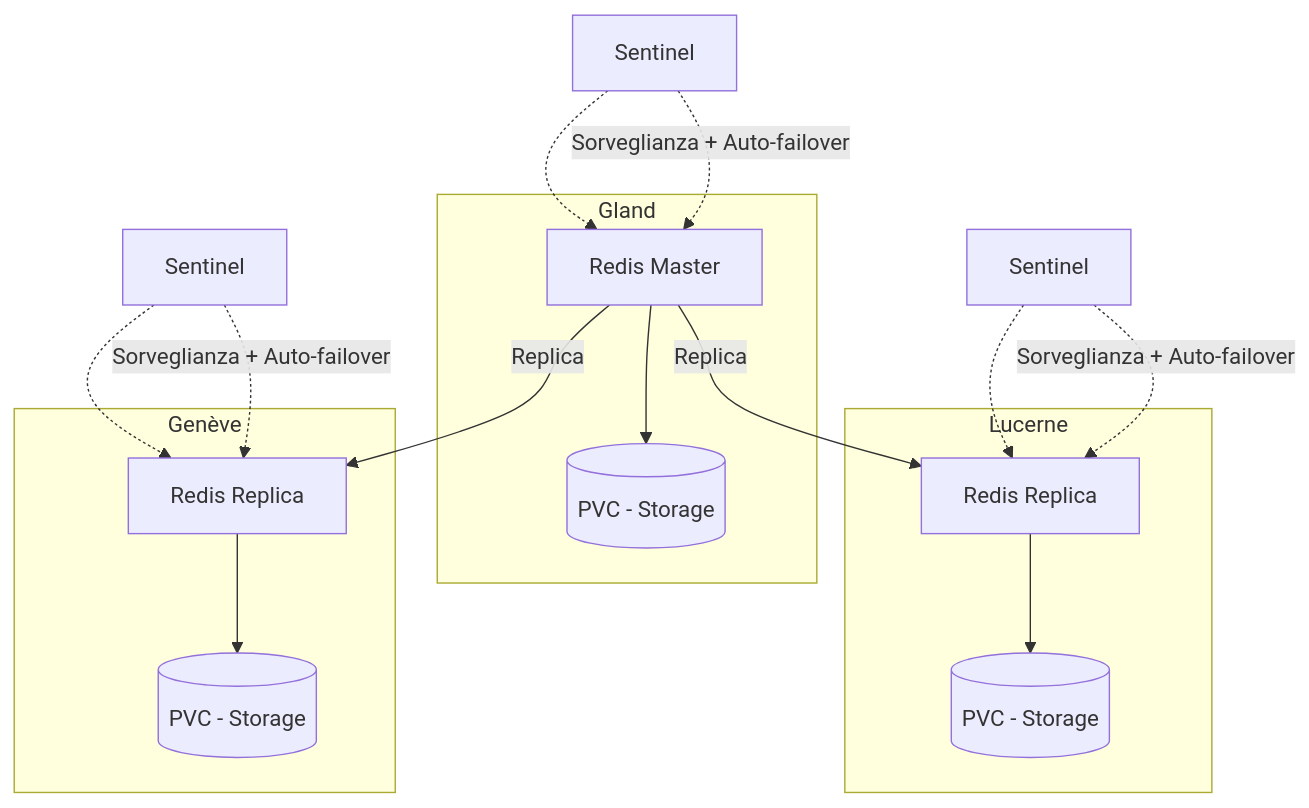
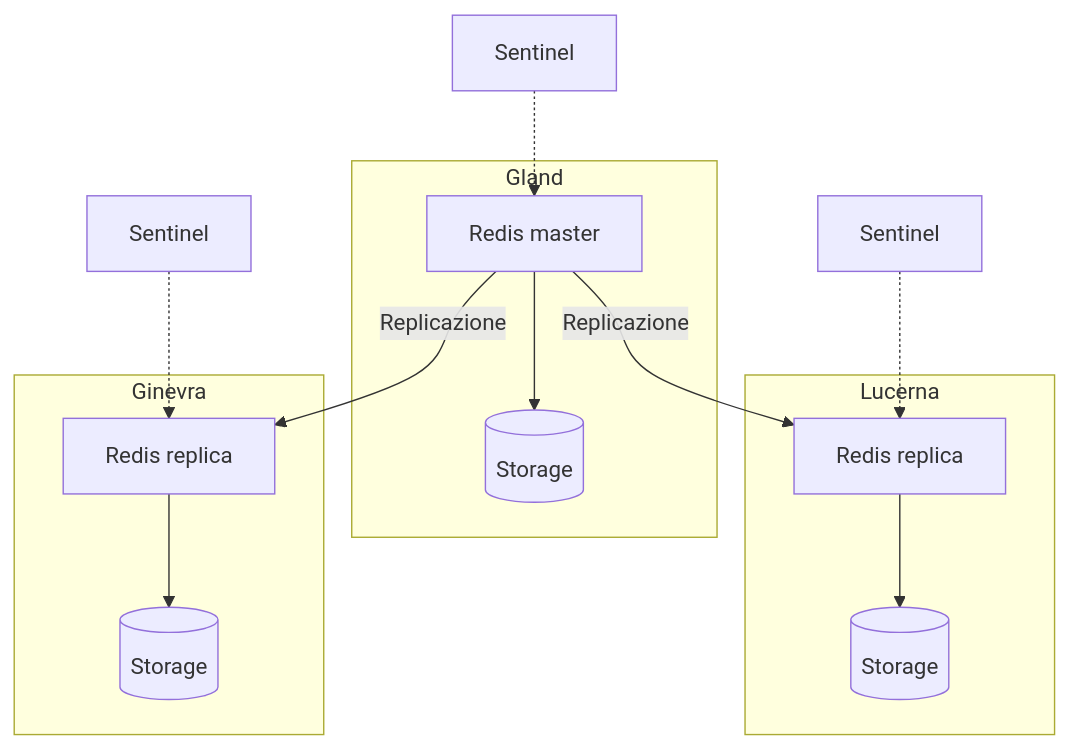
The diagram in i18n/it/docusaurus-plugin-content-docs/current/services/databases/redis/overview.md (HidoraSwiss/hikube-public-doc), drawn with Mermaid before and after one commit. The commit also changed other lines of this file and 148 other files, not shown here.

````diff
--- a/i18n/it/docusaurus-plugin-content-docs/current/services/databases/redis/overview.md
+++ b/i18n/it/docusaurus-plugin-content-docs/current/services/databases/redis/overview.md
@@ -44,26 +29,21 @@
 ```mermaid
 graph TD
     subgraph Gland
-        M1[Redis Master] --> PVC1[(PVC - Storage)]
+        M1[Redis master] --> PVC1[(Storage)]
     end
 
-    subgraph Lucerne
-        R1[Redis Replica] --> PVC2[(PVC - Storage)]
+    subgraph Lucerna
+        R1[Redis replica] --> PVC2[(Storage)]
     end
 
-    subgraph Genève
-        R2[Redis Replica] --> PVC3[(PVC - Storage)]
+    subgraph Ginevra
+        R2[Redis replica] --> PVC3[(Storage)]
     end
 
-    %% Sentinel Cluster
     S1[Sentinel] -.-> M1
     S2[Sentinel] -.-> R1
     S3[Sentinel] -.-> R2
 
-    M1 -->|Replica| R1
-    M1 -->|Replica| R2
-
-    S1 -.->|Sorveglianza + Auto-failover| M1
-    S2 -.->|Sorveglianza + Auto-failover| R1
-    S3 -.->|Sorveglianza + Auto-failover| R2
+    M1 -->|Replicazione| R1
+    M1 -->|Replicazione| R2
 ```
````
